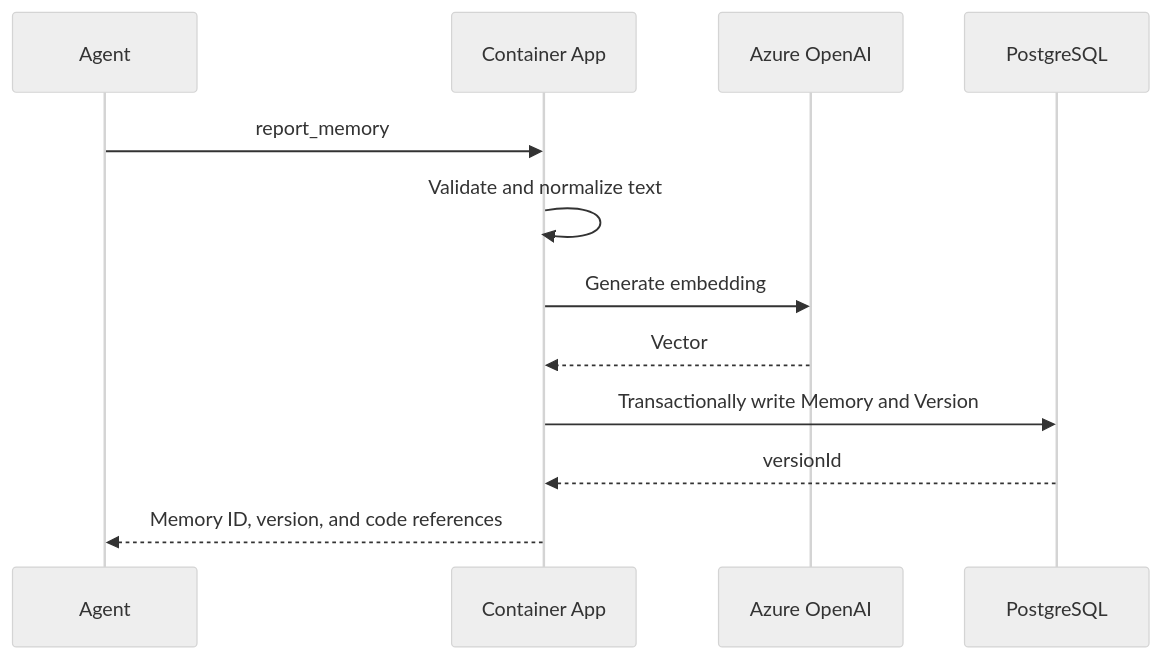
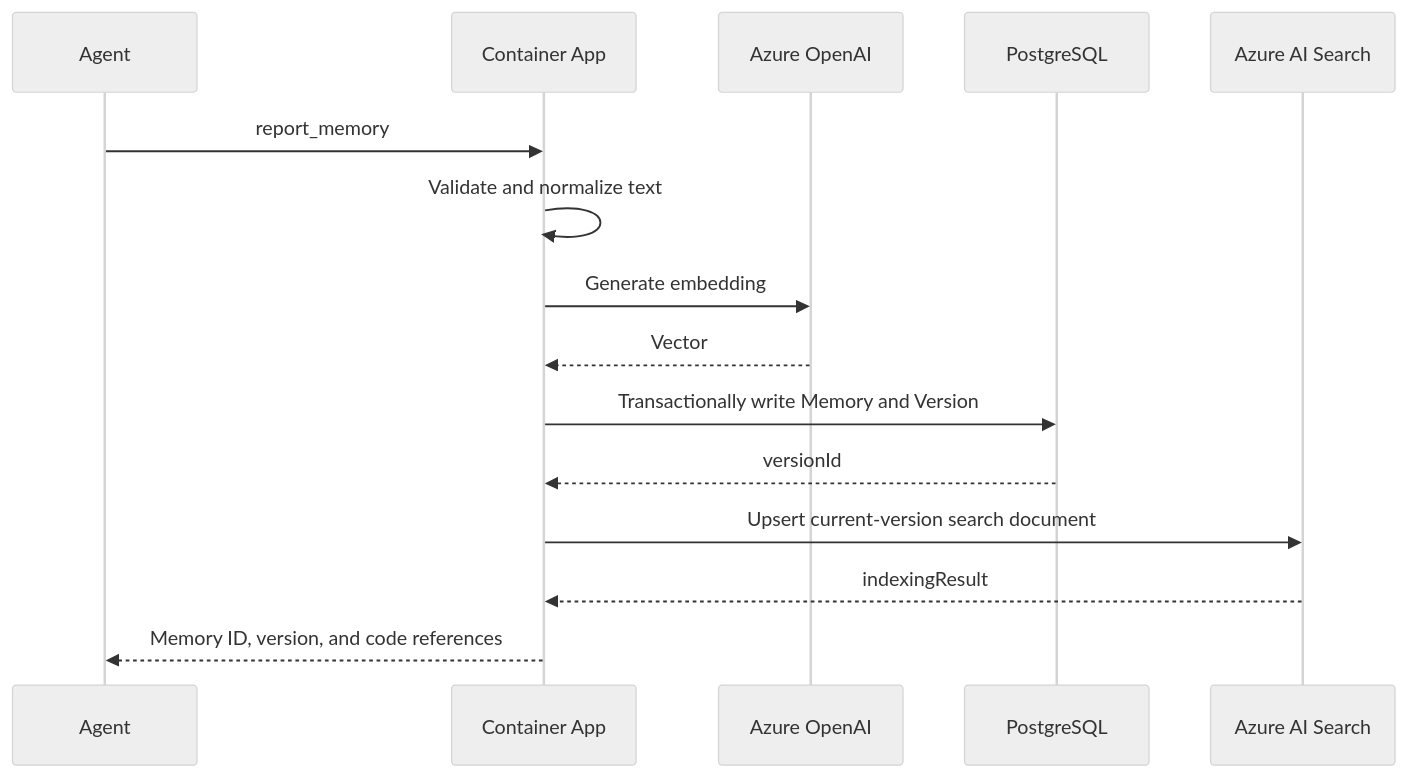
One commit to vwxyzh/FactLineage changed the second of 2 diagrams in azure-architecture.md. Above: the diagram before and after it, drawn with Mermaid (neutral theme). The commit also changed other lines of this file and 42 other files, not shown here.

````diff
--- a/azure-architecture.md
+++ b/azure-architecture.md
@@ -148,15 +166,18 @@
 ```mermaid
 sequenceDiagram
     participant A as Agent
     participant C as Container App
     participant O as Azure OpenAI
     participant P as PostgreSQL
+  participant S as Azure AI Search
 
     A->>C: report_memory
     C->>C: Validate and normalize text
     C->>O: Generate embedding
     O-->>C: Vector
     C->>P: Transactionally write Memory and Version
     P-->>C: versionId
+  C->>S: Upsert current-version search document
+  S-->>C: indexingResult
     C-->>A: Memory ID, version, and code references
 ```
````
